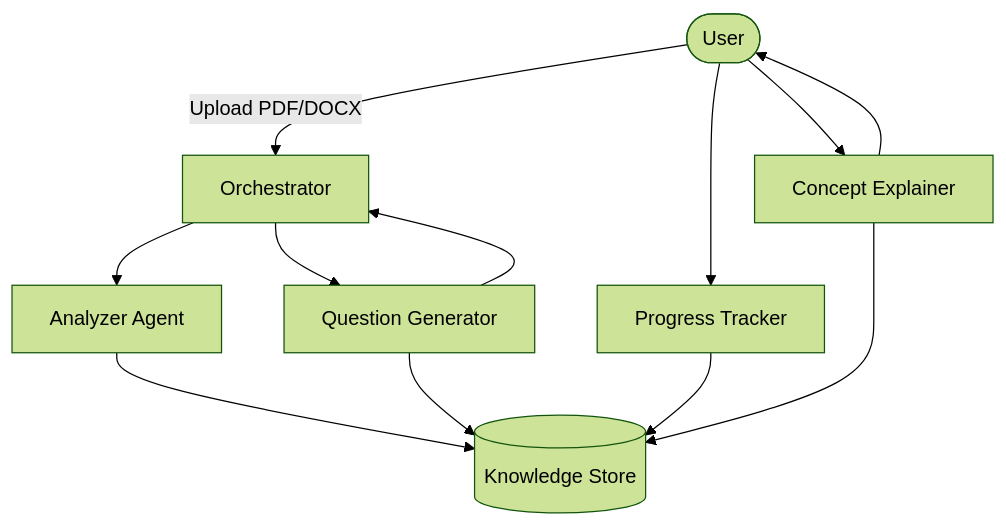
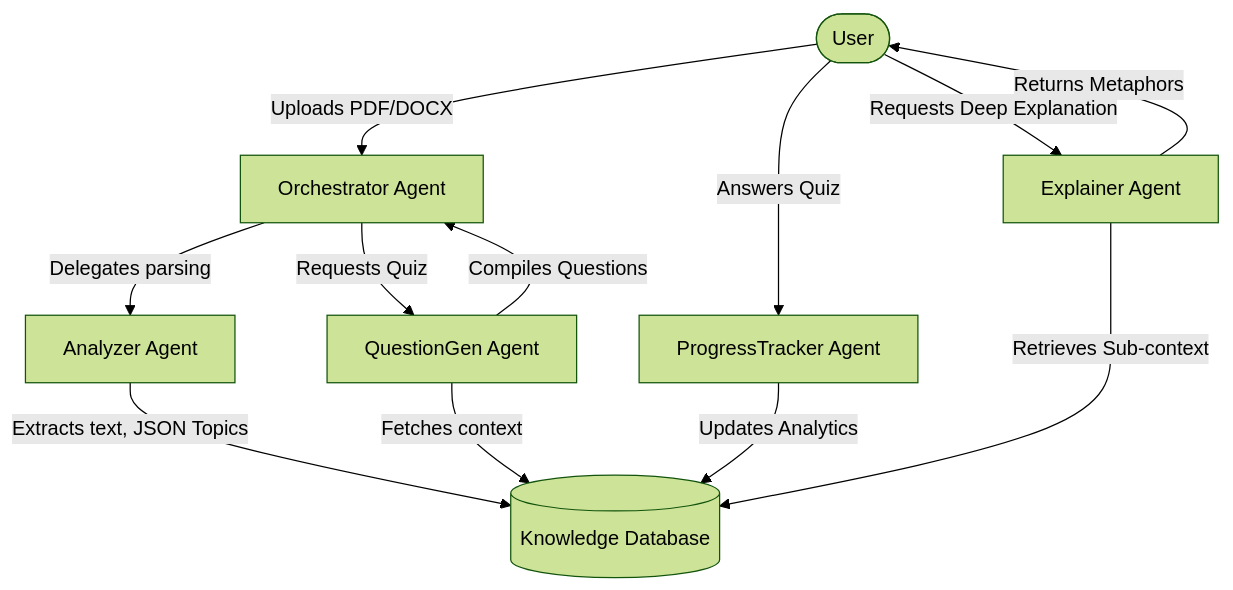
Before and after one commit to f4insane-commits/smart-study-assistant: the diagram in README.md, drawn with Mermaid (forest theme). The commit also changed other lines of this file and 12 other files, not shown here.

````diff
--- a/README.md
+++ b/README.md
@@ -91,27 +19,16 @@
 ```mermaid
 graph TD
-
-User([User])
-
-User -->|Upload PDF/DOCX| O[Orchestrator]
-
-O --> A[Analyzer Agent]
-
-A --> DB[(Knowledge Store)]
-
-O --> Q[Question Generator]
-
-Q --> DB
-
-Q --> O
-
-User --> PT[Progress Tracker]
-
-PT --> DB
-
-User --> E[Concept Explainer]
-
-E --> DB
-
-E --> User
+    User([User]) -->|Uploads PDF/DOCX| O[Orchestrator Agent]
+    O -->|Delegates parsing| A[Analyzer Agent]
+    A -->|Extracts text, JSON Topics| DB[(Knowledge Database)]
+    O -->|Requests Quiz| Q[QuestionGen Agent]
+    Q -->|Fetches context| DB
+    Q -->|Compiles Questions| O
+    
+    User -->|Answers Quiz| PT[ProgressTracker Agent]
+    PT -->|Updates Analytics| DB
+    
+    User -->|Requests Deep Explanation| E[Explainer Agent]
+    E -->|Retrieves Sub-context| DB
+    E -->|Returns Metaphors| User
 ```
````
